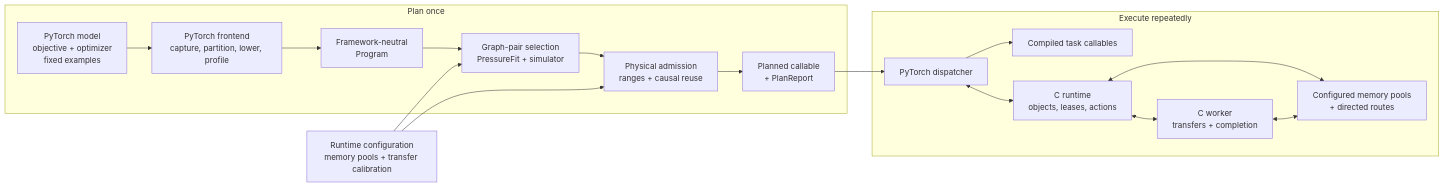
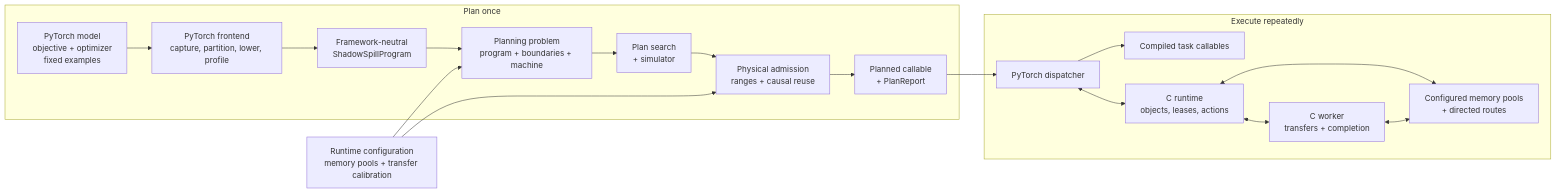
The first of 3 diagrams in docs/architecture/overview.md (als244/shadowspill), drawn with Mermaid before and after one commit. The commit also changed other lines of this file and 90 other files, not shown here.

````diff
--- a/docs/architecture/overview.md
+++ b/docs/architecture/overview.md
@@ -29,33 +29,34 @@
 ```mermaid
 flowchart LR
     subgraph plan["Plan once"]
         inputs["PyTorch model<br/>objective + optimizer<br/>fixed examples"]
         frontend["PyTorch frontend<br/>capture, partition, lower, profile"]
-        program["Framework-neutral<br/>Program"]
-        planner["Graph-pair selection<br/>PressureFit + simulator"]
+        program["Framework-neutral<br/>ShadowSpillProgram"]
+        problem["Planning problem<br/>program + boundaries + machine"]
+        search["Plan search<br/>+ simulator"]
         admission["Physical admission<br/>ranges + causal reuse"]
         materialize["Planned callable<br/>+ PlanReport"]
 
-        inputs --> frontend --> program --> planner --> admission --> materialize
+        inputs --> frontend --> program --> problem --> search --> admission --> materialize
     end
 
     runtime_config["Runtime configuration<br/>memory pools + transfer calibration"]
-    runtime_config --> planner
+    runtime_config --> problem
     runtime_config --> admission
 
     subgraph execute["Execute repeatedly"]
         dispatcher["PyTorch dispatcher"]
         compiled["Compiled task callables"]
         runtime["C runtime<br/>objects, leases, actions"]
         worker["C worker<br/>transfers + completion"]
         pools["Configured memory pools<br/>+ directed routes"]
 
         dispatcher --> compiled
         dispatcher <--> runtime
         runtime <--> worker
         runtime <--> pools
         worker <--> pools
     end
 
     materialize --> dispatcher
 ```
````
